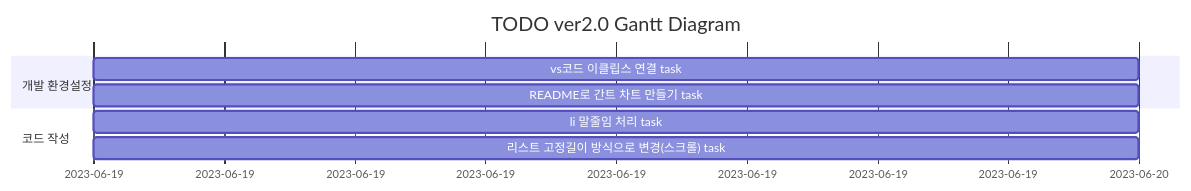
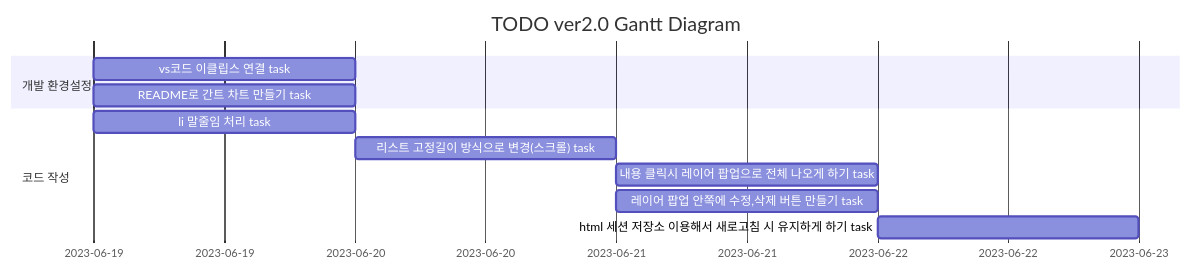
Before and after one commit to UDONGSALI/Toy-Project: the diagram in README.md, drawn with Mermaid.

````diff
--- a/README.md
+++ b/README.md
@@ -1,11 +1,14 @@
 ```mermaid
 gantt
     title TODO ver2.0 Gantt Diagram
     dateFormat  YYYY-MM-DD
     section 개발 환경설정
     vs코드 이클립스 연결 task           :2023-06-19, 1d
     README로 간트 차트 만들기 task     :2023-06-19, 1d
     section 코드 작성
     li 말줄임 처리 task      : 2023-06-19, 1d
-    리스트 고정길이 방식으로 변경(스크롤) task      : 2023-06-19, 1d
+    리스트 고정길이 방식으로 변경(스크롤) task      : 2023-06-20, 1d
+    내용 클릭시 레이어 팝업으로 전체 나오게 하기 task      : 2023-06-21, 1d
+    레이어 팝업 안쪽에 수정,삭제 버튼 만들기 task      : 2023-06-21, 1d
+    html 세션 저장소 이용해서 새로고침 시 유지하게 하기 task      : 2023-06-22, 1d
 ```
````
